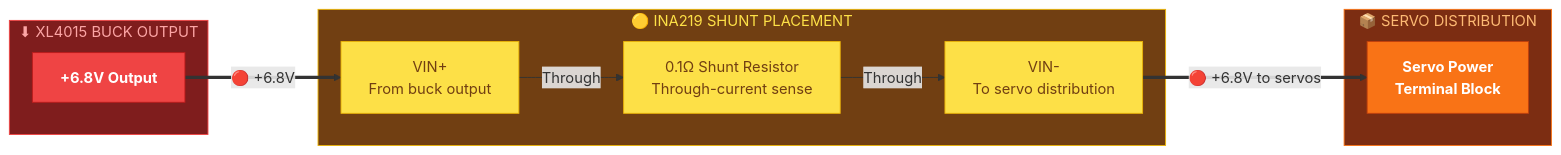
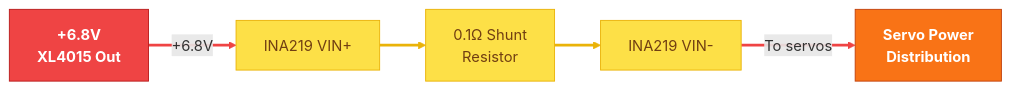
The tenth of 11 diagrams in control/docs/wiring_diagram.md (Major-Project-001/VIGIL-RQ), drawn with Mermaid before and after one commit. The commit also changed other lines of this file, not shown here.

Commit message:
docs: Add color-coded linkStyle to all Mermaid connection lines

````diff
--- a/control/docs/wiring_diagram.md
+++ b/control/docs/wiring_diagram.md
@@ -625,30 +587,22 @@
 ```mermaid
 graph LR
     classDef power fill:#ef4444,stroke:#b91c1c,color:#fff,font-weight:bold
-    classDef ina fill:#eab308,stroke:#ca8a04,color:#fff,font-weight:bold
     classDef inaPin fill:#fde047,stroke:#eab308,color:#713f12
     classDef servo fill:#f97316,stroke:#c2410c,color:#fff,font-weight:bold
 
-    subgraph XL4015["⬇ XL4015 BUCK OUTPUT"]
-        BUCK_OUT["+6.8V Output"]:::power
-    end
+    BUCK["+6.8V<br/>XL4015 Out"]:::power
+    VIN_P["INA219 VIN+"]:::inaPin
+    SHUNT["0.1Ω Shunt<br/>Resistor"]:::inaPin
+    VIN_N["INA219 VIN-"]:::inaPin
+    DIST["Servo Power<br/>Distribution"]:::servo
 
-    subgraph INA_SENSE["🟡 INA219 SHUNT PLACEMENT"]
-        INA_VINP["VIN+<br/>From buck output"]:::inaPin
-        SHUNT["0.1Ω Shunt Resistor<br/>Through-current sense"]:::inaPin
-        INA_VINN["VIN-<br/>To servo distribution"]:::inaPin
-    end
+    BUCK -->|"+6.8V"| VIN_P
+    VIN_P --> SHUNT
+    SHUNT --> VIN_N
+    VIN_N -->|"To servos"| DIST
 
-    subgraph DIST["📦 SERVO DISTRIBUTION"]
-        SERVO_DIST["Servo Power<br/>Terminal Block"]:::servo
-    end
-
-    BUCK_OUT ==>|"🔴 +6.8V"| INA_VINP
-    INA_VINP -->|"Through"| SHUNT
-    SHUNT -->|"Through"| INA_VINN
-    INA_VINN ==>|"🔴 +6.8V to servos"| SERVO_DIST
-
-    style XL4015 fill:#7f1d1d,stroke:#ef4444,color:#fca5a5
-    style INA_SENSE fill:#713f12,stroke:#eab308,color:#fde047
-    style DIST fill:#7c2d12,stroke:#f97316,color:#fdba74
+    linkStyle 0 stroke:#ef4444,stroke-width:3px
+    linkStyle 1 stroke:#eab308,stroke-width:3px
+    linkStyle 2 stroke:#eab308,stroke-width:3px
+    linkStyle 3 stroke:#ef4444,stroke-width:3px
 ```
````
